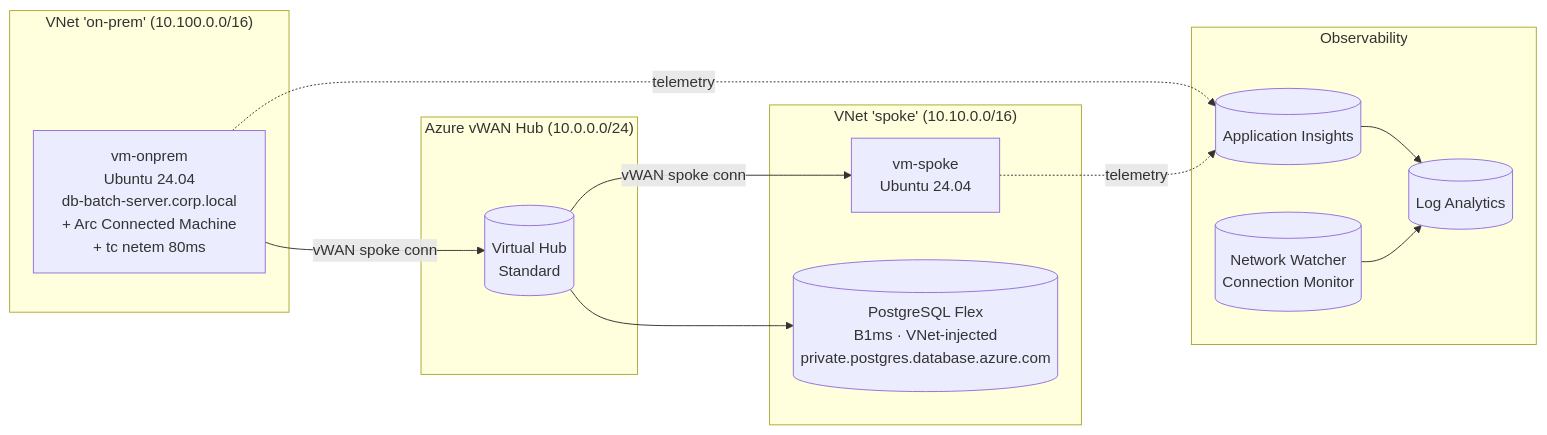
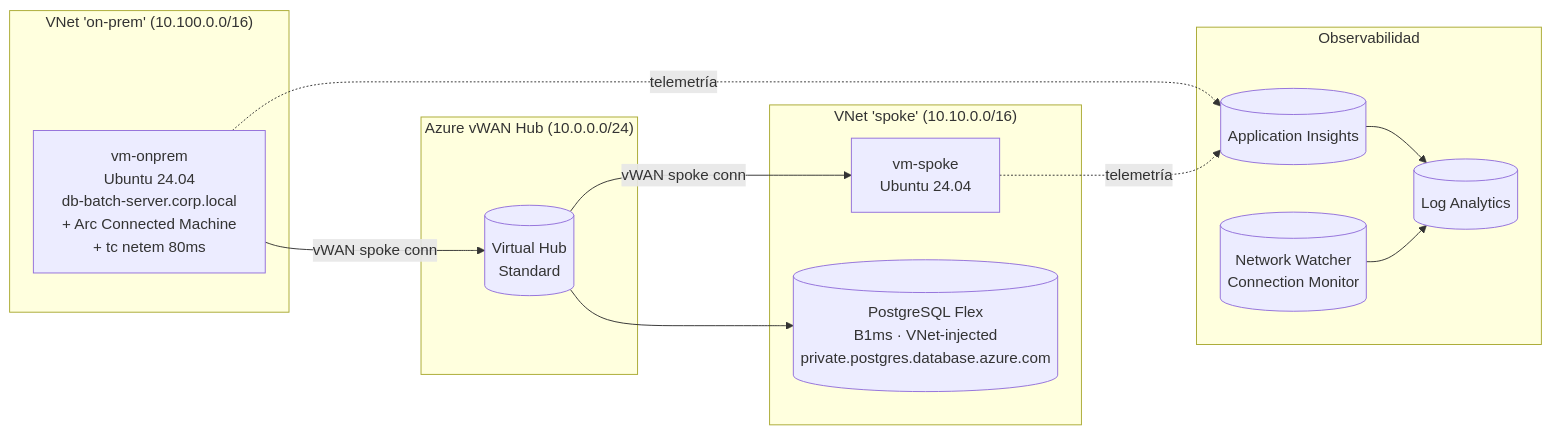
The diagram in README.md (chapi-dev/azure-hybrid-latency-lab), drawn with Mermaid before and after one commit. The commit also changed other lines of this file and 2 other files, not shown here.

````diff
--- a/README.md
+++ b/README.md
@@ -28,29 +44,29 @@
 ```mermaid
 flowchart LR
     subgraph onprem["VNet 'on-prem' (10.100.0.0/16)"]
         OP["vm-onprem<br/>Ubuntu 24.04<br/>db-batch-server.corp.local<br/>+ Arc Connected Machine<br/>+ tc netem 80ms"]
     end
 
     subgraph hub["Azure vWAN Hub (10.0.0.0/24)"]
         H[(Virtual Hub<br/>Standard)]
     end
 
     subgraph spoke["VNet 'spoke' (10.10.0.0/16)"]
         VS["vm-spoke<br/>Ubuntu 24.04"]
         PG[("PostgreSQL Flex<br/>B1ms · VNet-injected<br/>private.postgres.database.azure.com")]
     end
 
-    subgraph mon["Observability"]
+    subgraph mon["Observabilidad"]
         LAW[(Log Analytics)]
         AI[(Application Insights)]
         NW[(Network Watcher<br/>Connection Monitor)]
     end
 
     OP -- "vWAN spoke conn" --> H
     H -- "vWAN spoke conn" --> VS
     H --> PG
-    OP -. telemetry .-> AI
-    VS -. telemetry .-> AI
+    OP -. telemetría .-> AI
+    VS -. telemetría .-> AI
     AI --> LAW
     NW --> LAW
 ```
````
